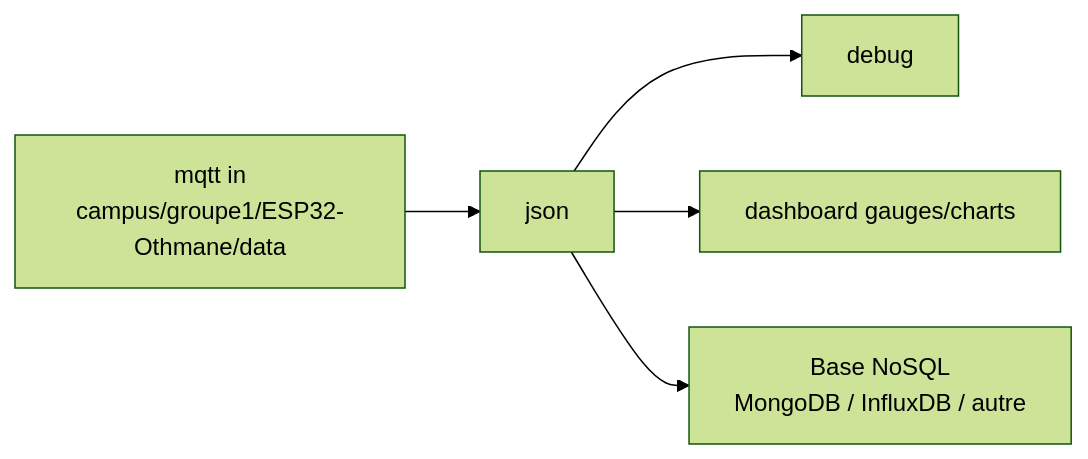
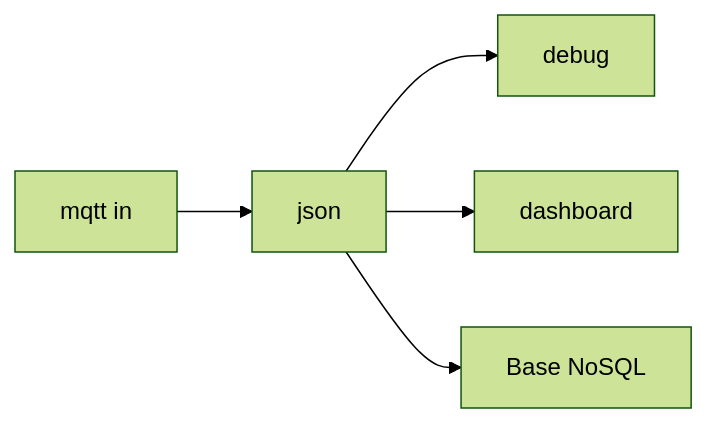
The third of 3 diagrams in README_Station_IoT.md (Wano38/ESP32-Station-IoT-Ultimate), drawn with Mermaid (forest theme) before and after one commit. The commit also changed other lines of this file and 3 other files, not shown here.

````diff
--- a/README_Station_IoT.md
+++ b/README_Station_IoT.md
@@ -388,13 +423,13 @@
 ```mermaid
 flowchart LR
-    MQTTIN["mqtt in<br/>campus/groupe1/ESP32-Othmane/data"]
+    MQTTIN["mqtt in"]
     JSON["json"]
     DEBUG["debug"]
-    DASH["dashboard gauges/charts"]
-    DB["Base NoSQL<br/>MongoDB / InfluxDB / autre"]
+    DASH["dashboard"]
+    DB["Base NoSQL"]
 
     MQTTIN --> JSON
     JSON --> DEBUG
     JSON --> DASH
     JSON --> DB
 ```
````
